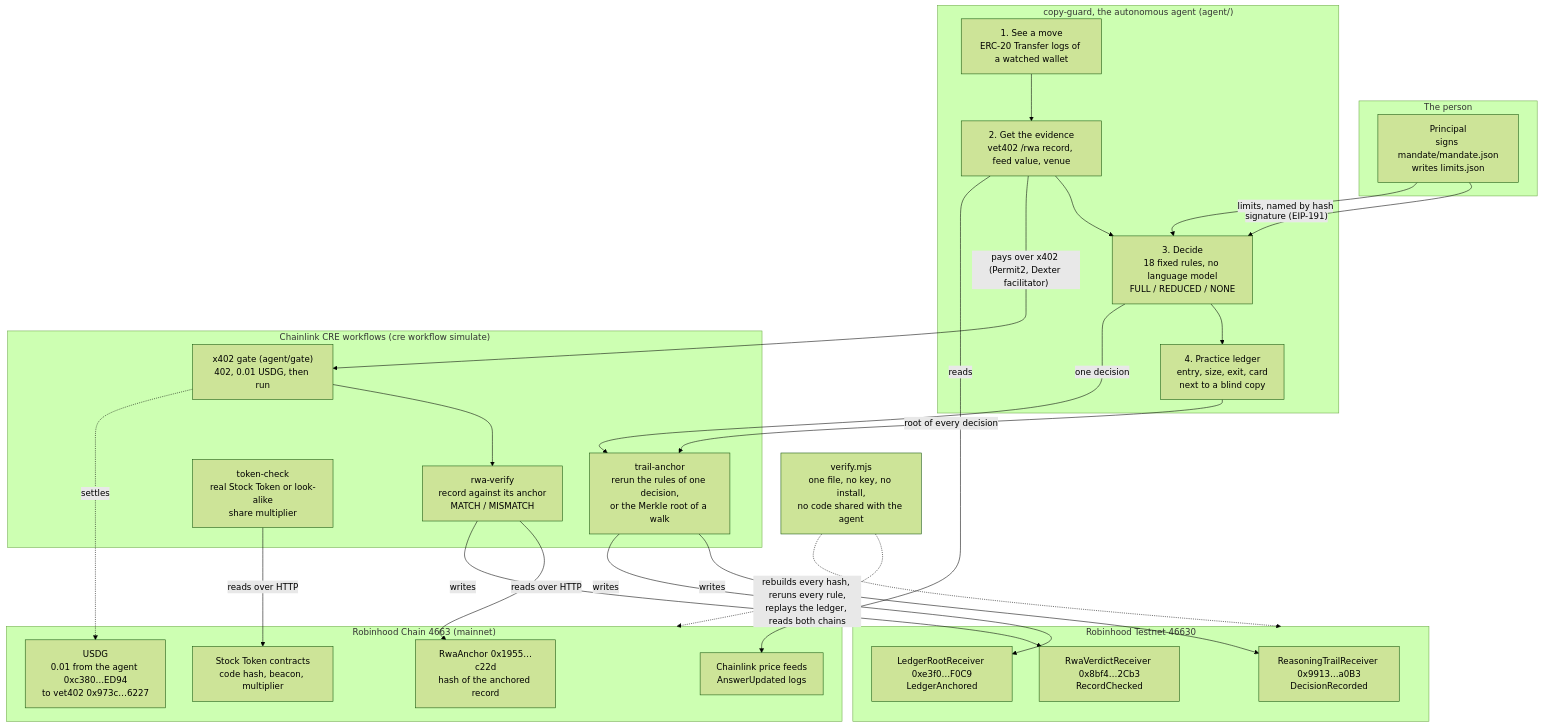
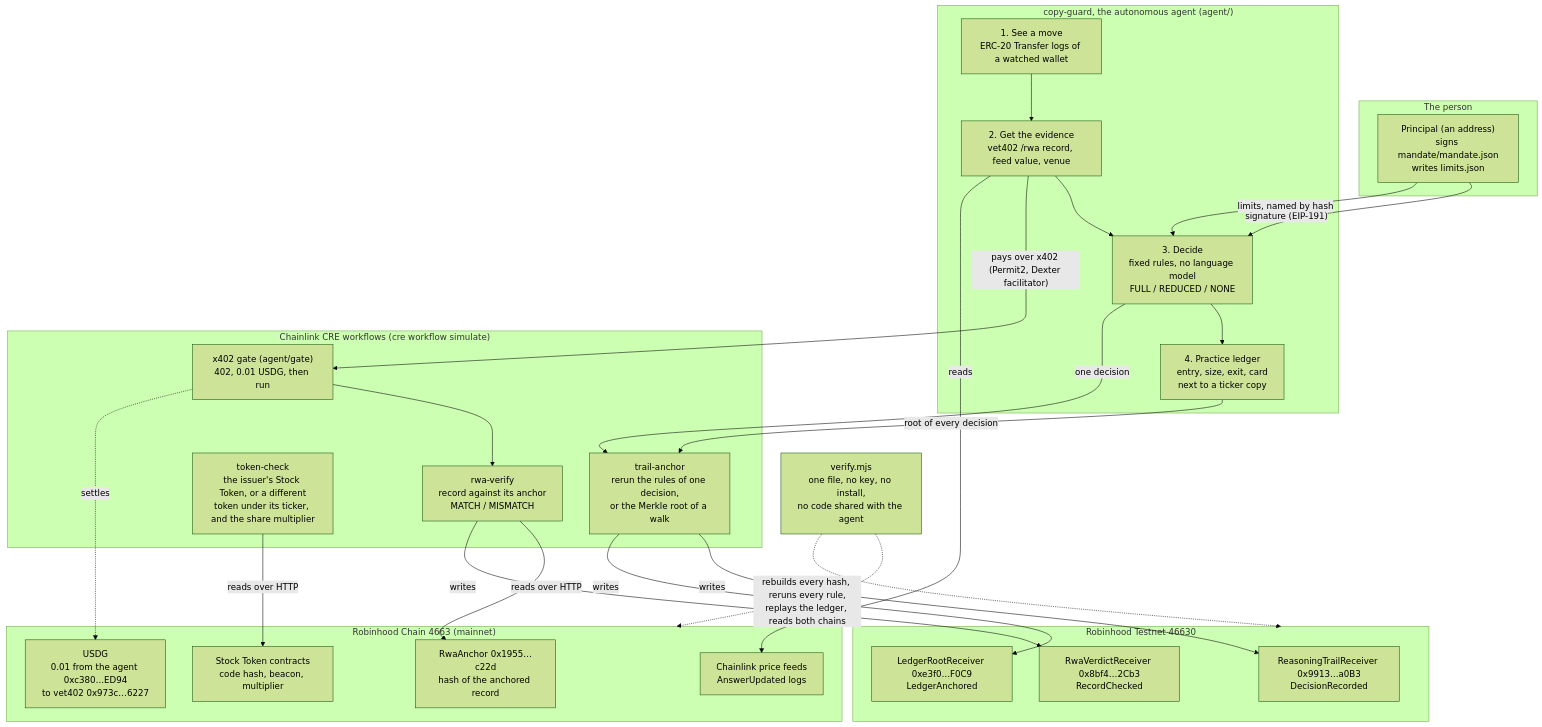
Before and after one commit to kzmttkc/vet402-copy-guard: the diagram in docs/ARCHITECTURE.md, drawn with Mermaid (forest theme). The commit also changed other lines of this file and 3 other files, not shown here.

First line of the commit message:
Say what the chain shows: a different token with the same ticker; clone address; mandate README without local paths

````diff
--- a/docs/ARCHITECTURE.md
+++ b/docs/ARCHITECTURE.md
@@ -5,52 +5,52 @@
 ```mermaid
 flowchart TB
   subgraph person["The person"]
-    P["Principal<br/>signs mandate/mandate.json<br/>writes limits.json"]
+    P["Principal (an address)<br/>signs mandate/mandate.json<br/>writes limits.json"]
   end
 
   subgraph agent["copy-guard, the autonomous agent (agent/)"]
     W["1. See a move<br/>ERC-20 Transfer logs of a watched wallet"]
     E["2. Get the evidence<br/>vet402 /rwa record, feed value, venue"]
-    R["3. Decide<br/>18 fixed rules, no language model<br/>FULL / REDUCED / NONE"]
-    L["4. Practice ledger<br/>entry, size, exit, card<br/>next to a blind copy"]
+    R["3. Decide<br/>fixed rules, no language model<br/>FULL / REDUCED / NONE"]
+    L["4. Practice ledger<br/>entry, size, exit, card<br/>next to a ticker copy"]
   end
 
   subgraph cre["Chainlink CRE workflows (cre workflow simulate)"]
     G["x402 gate (agent/gate)<br/>402, 0.01 USDG, then run"]
     V["rwa-verify<br/>record against its anchor<br/>MATCH / MISMATCH"]
-    T["token-check<br/>real Stock Token or look-alike<br/>share multiplier"]
+    T["token-check<br/>the issuer's Stock Token, or a different<br/>token under its ticker, and the share multiplier"]
     A["trail-anchor<br/>rerun the rules of one decision,<br/>or the Merkle root of a walk"]
   end
 
   subgraph main["Robinhood Chain 4663 (mainnet)"]
     RA["RwaAnchor 0x1955…c22d<br/>hash of the anchored record"]
     USDG["USDG<br/>0.01 from the agent 0xc380…ED94<br/>to vet402 0x973c…6227"]
     FEED["Chainlink price feeds<br/>AnswerUpdated logs"]
     TOK["Stock Token contracts<br/>code hash, beacon, multiplier"]
   end
 
   subgraph test["Robinhood Testnet 46630"]
     RV["RwaVerdictReceiver 0x8bf4…2Cb3<br/>RecordChecked"]
     RT["ReasoningTrailReceiver 0x9913…a0B3<br/>DecisionRecorded"]
     RL["LedgerRootReceiver 0xe3f0…F0C9<br/>LedgerAnchored"]
   end
 
   CHK["verify.mjs<br/>one file, no key, no install,<br/>no code shared with the agent"]
 
   P -- "signature (EIP-191)" --> R
   P -- "limits, named by hash" --> R
   W --> E --> R --> L
   E -- "pays over x402 (Permit2, Dexter facilitator)" --> G
   G --> V
   G -. "settles" .-> USDG
   V -- "reads over HTTP" --> RA
   V -- "writes" --> RV
   E -- "reads" --> FEED
   T -- "reads over HTTP" --> TOK
   R -- "one decision" --> A
   L -- "root of every decision" --> A
   A -- "writes" --> RT
   A -- "writes" --> RL
   CHK -. "rebuilds every hash, reruns every rule,<br/>replays the ledger, reads both chains" .-> main
   CHK -.-> test
 ```
````
